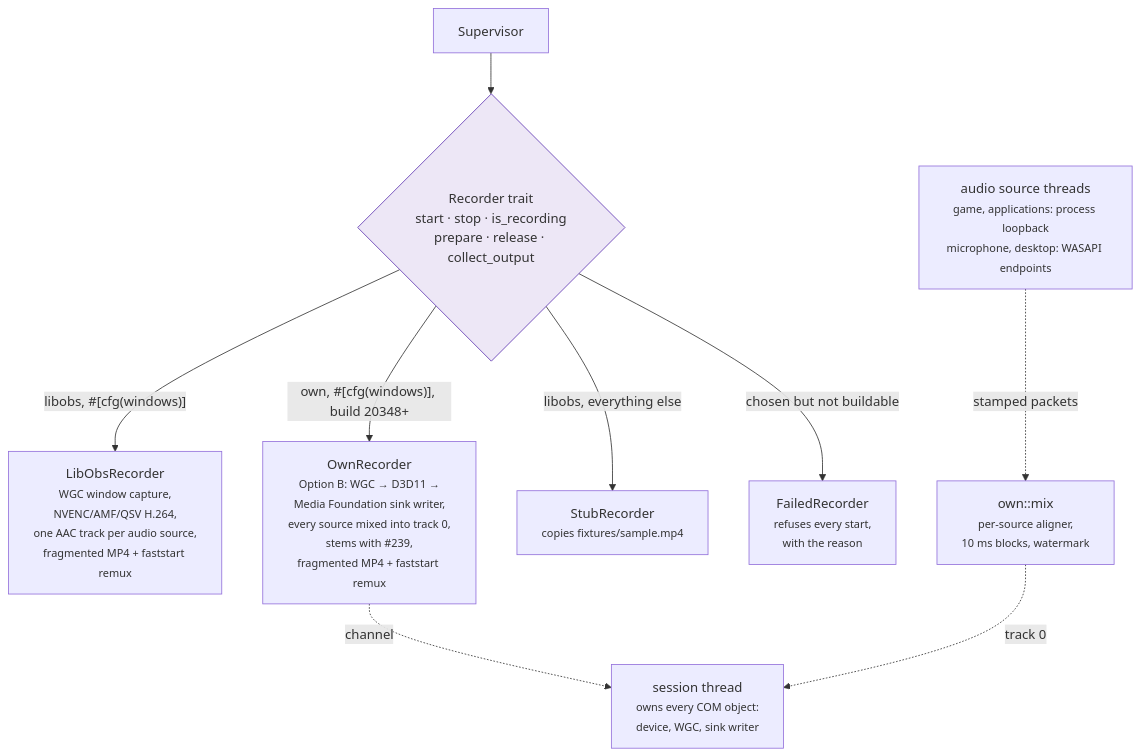
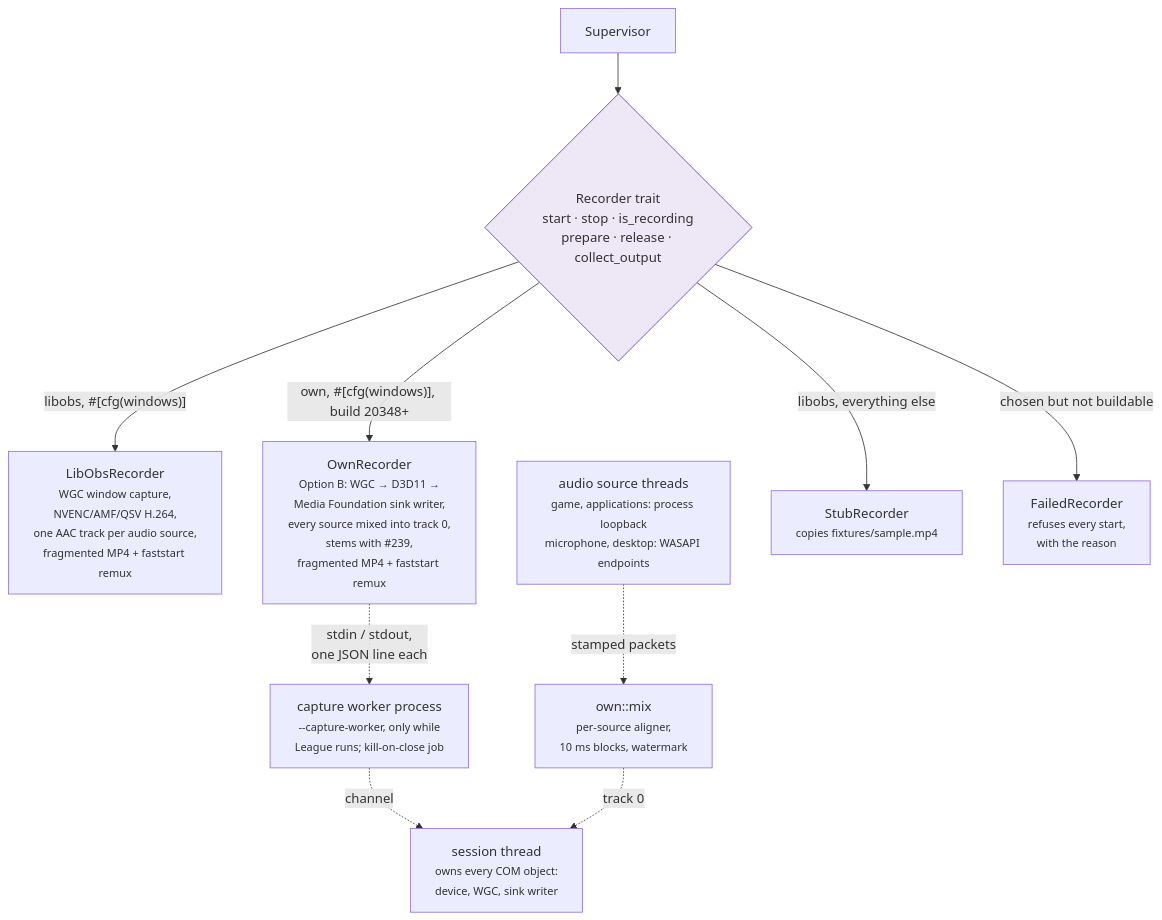
One commit to NinjaGoldfinch/ninja-recorder changed the third of 9 diagrams in docs/architecture.md. Above: the diagram before and after it, drawn with Mermaid. The commit also changed other lines of this file and 25 other files, not shown here.

First line of the commit message:
feat(recorder): run own capture in a worker spawned only while League runs (WS1.6.9) (#269)

````diff
--- a/docs/architecture.md
+++ b/docs/architecture.md
@@ -158,12 +159,13 @@
 ```mermaid
 flowchart TB
     SUP["Supervisor"] --> T{"Recorder trait<br/>start · stop · is_recording<br/>prepare · release · collect_output"}
     T -->|"libobs, #[cfg(windows)]"| L["LibObsRecorder<br/><small>WGC window capture,<br/>NVENC/AMF/QSV H.264,<br/>one AAC track per audio source,<br/>fragmented MP4 + faststart remux</small>"]
     T -->|"own, #[cfg(windows)], build 20348+"| O["OwnRecorder<br/><small>Option B: WGC → D3D11 →<br/>Media Foundation sink writer,<br/>every source mixed into track 0,<br/>stems with #239,<br/>fragmented MP4 + faststart remux</small>"]
-    O -.->|"channel"| SES["session thread<br/><small>owns every COM object:<br/>device, WGC, sink writer</small>"]
+    O -.->|"stdin / stdout,<br/>one JSON line each"| WK["capture worker process<br/><small>--capture-worker, only while<br/>League runs; kill-on-close job</small>"]
+    WK -.->|"channel"| SES["session thread<br/><small>owns every COM object:<br/>device, WGC, sink writer</small>"]
     AUD["audio source threads<br/><small>game, applications: process loopback<br/>microphone, desktop: WASAPI endpoints</small>"] -.->|"stamped packets"| MIX["own::mix<br/><small>per-source aligner,<br/>10 ms blocks, watermark</small>"]
     MIX -.->|"track 0"| SES
     T -->|"libobs, everything else"| S["StubRecorder<br/><small>copies fixtures/sample.mp4</small>"]
     T -->|"chosen but not buildable"| F["FailedRecorder<br/><small>refuses every start,<br/>with the reason</small>"]
     style T fill:#ede7f6,stroke:#5e35b1
 ```
````
